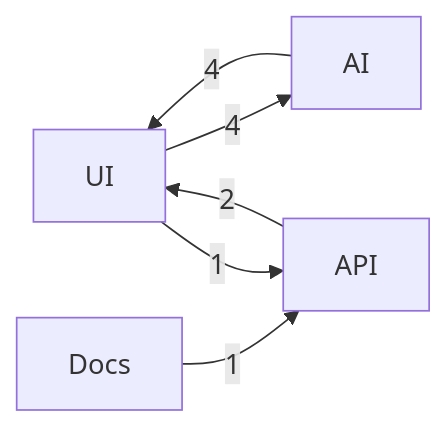
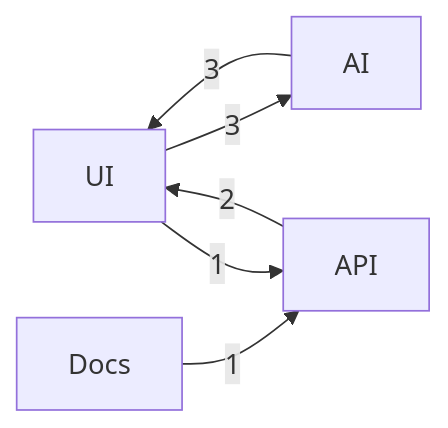
One commit to DeepExtrema/deepextrema changed the diagram in README.md. Above: the diagram before and after it, drawn with Mermaid. The commit also changed other lines of this file and 4 other files, not shown here.

````diff
--- a/README.md
+++ b/README.md
@@ -215,8 +215,8 @@
 ```mermaid
 graph LR
-    UI -->|4| AI
-    AI -->|4| UI
+    UI -->|3| AI
+    AI -->|3| UI
     API -->|2| UI
     Docs -->|1| API
     UI -->|1| API
 ```
````
